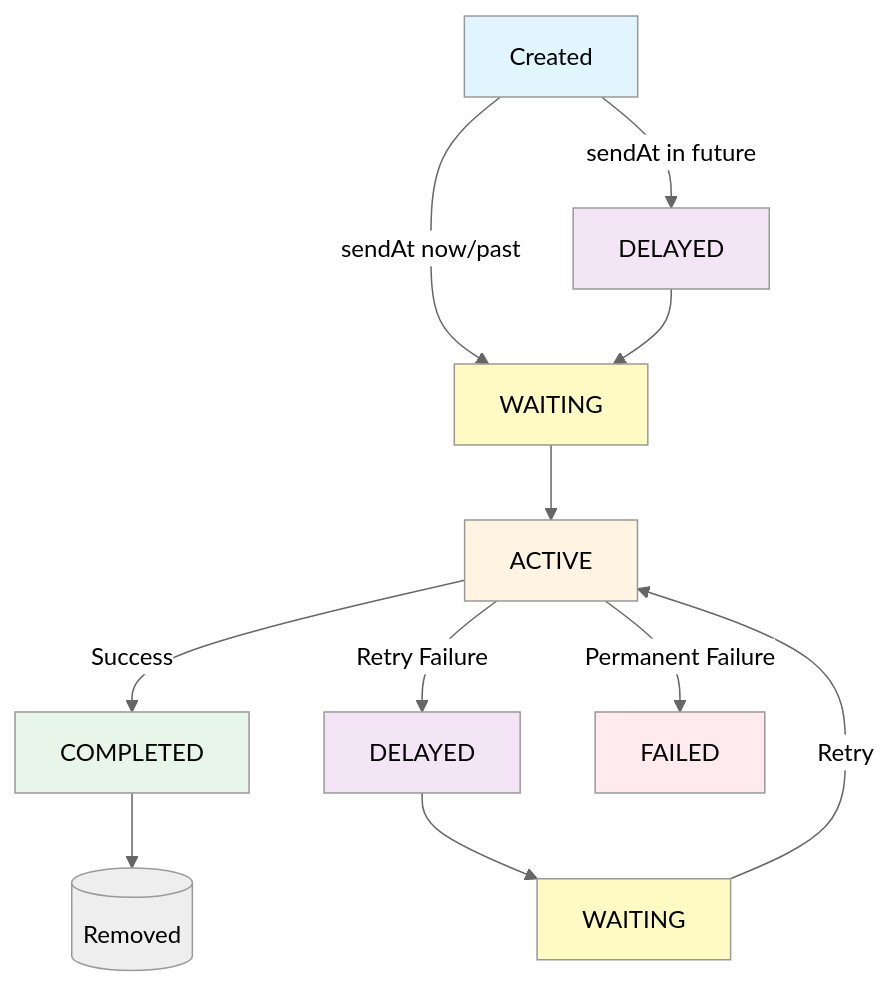
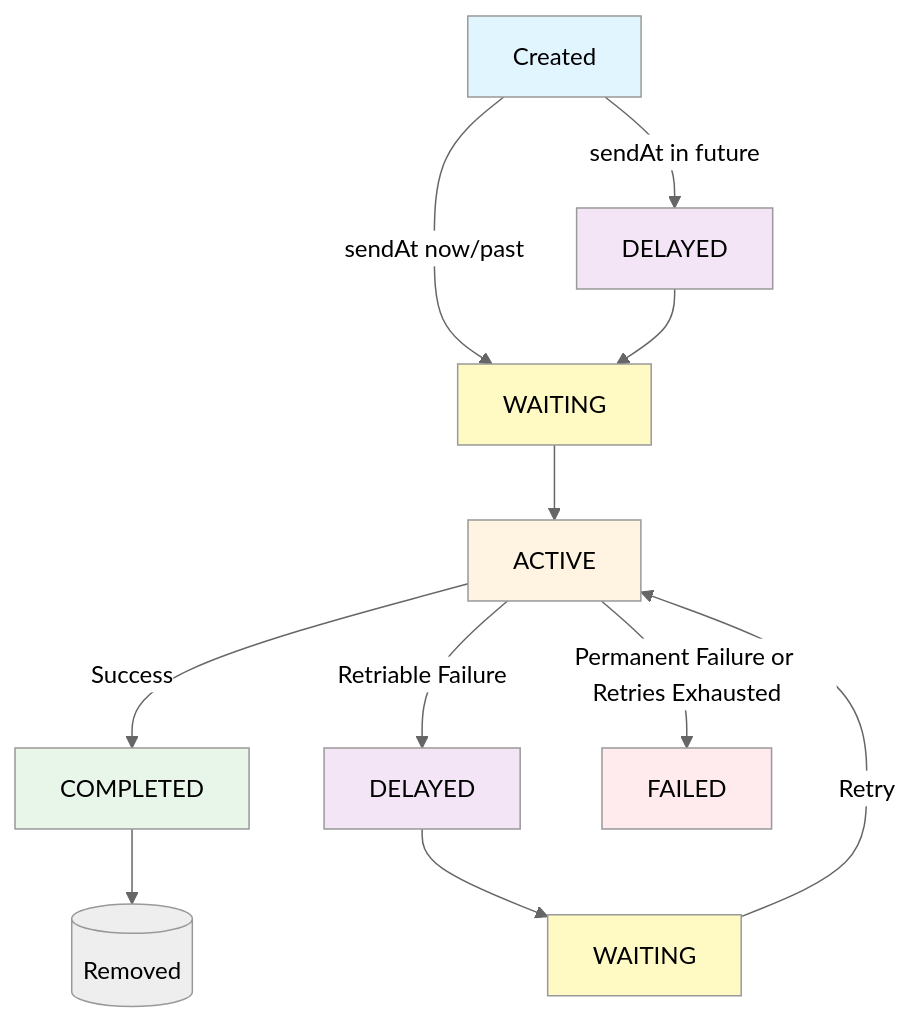
One commit to postalsys/learn.emailengine.app changed the diagram in docs/advanced/queue-management.md. Above: the diagram before and after it, drawn with Mermaid (neutral theme). The commit also changed other lines of this file and 38 other files, not shown here.

````diff
--- a/docs/advanced/queue-management.md
+++ b/docs/advanced/queue-management.md
@@ -201,26 +200,26 @@
 ```mermaid
 graph TD
     Created[Created]
     Created -->|sendAt in future| DELAYED1[DELAYED]
     Created -->|sendAt now/past| WAITING1[WAITING]
 
     DELAYED1 --> WAITING1
     WAITING1 --> ACTIVE[ACTIVE]
 
     ACTIVE -->|Success| COMPLETED[COMPLETED]
-    ACTIVE -->|Retry Failure| DELAYED2[DELAYED]
-    ACTIVE -->|Permanent Failure| FAILED[FAILED]
+    ACTIVE -->|Retriable Failure| DELAYED2[DELAYED]
+    ACTIVE -->|Permanent Failure or Retries Exhausted| FAILED[FAILED]
 
     COMPLETED --> Removed[(Removed)]
     DELAYED2 --> WAITING2[WAITING]
     WAITING2 -->|Retry| ACTIVE
 
     style Created fill:#e1f5ff
     style ACTIVE fill:#fff4e1
     style COMPLETED fill:#e8f5e9
     style FAILED fill:#ffebee
     style DELAYED1 fill:#f3e5f5
     style DELAYED2 fill:#f3e5f5
     style WAITING1 fill:#fff9c4
     style WAITING2 fill:#fff9c4
 ```
````
